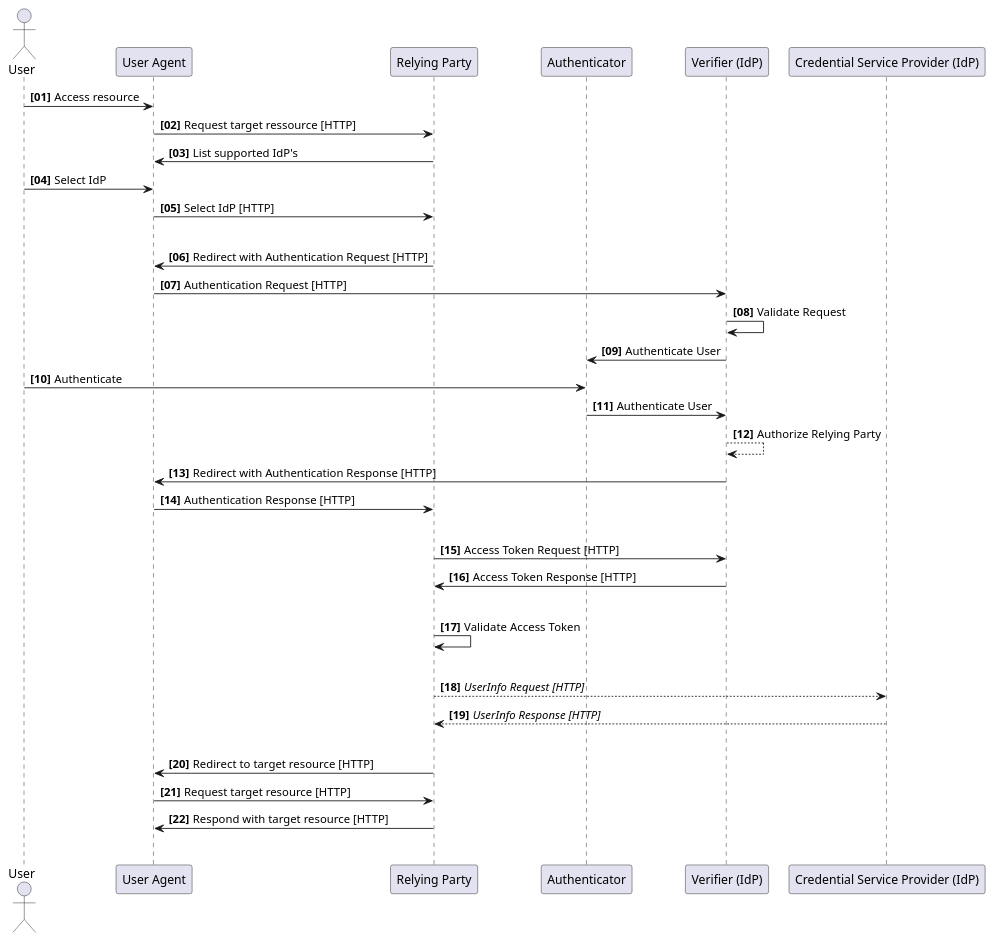
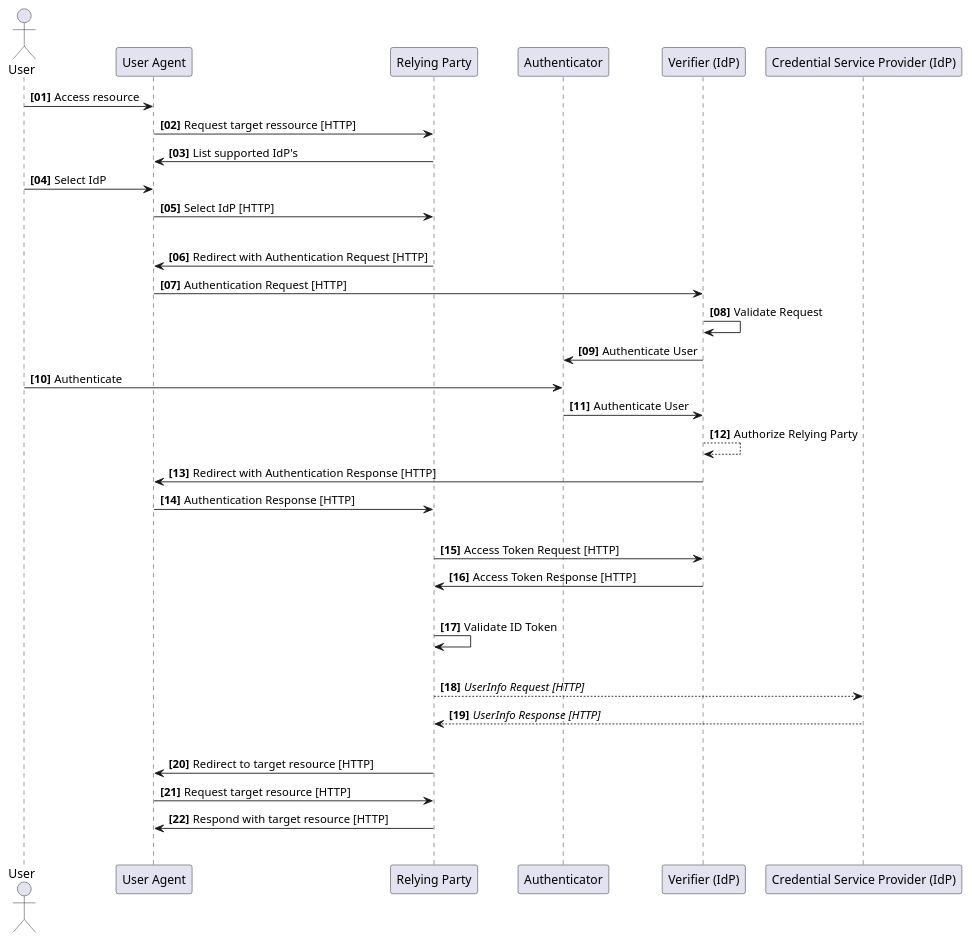
Before and after one commit to ehealthsuisse/ch-epr-fhir: the diagram in input/images-source/OpenID-Auth-code-flow.plantuml, drawn with PlantUML. The commit also changed 1 other file, not shown here.

```diff
--- a/input/images-source/OpenID-Auth-code-flow.plantuml
+++ b/input/images-source/OpenID-Auth-code-flow.plantuml
@@ -1,55 +1,55 @@
 @startuml
 skinparam responseMessageBelowArrow true
 
 actor User
 participant "User Agent" as UserAgent
 participant "Relying Party" as RP
 participant "Authenticator" as IDM
 participant "Verifier (IdP)" as IdP
 participant "Credential Service Provider (IdP)" as CSP
 
 autonumber 1 1 "<b>[00]"
 
 User -> UserAgent: Access resource
 UserAgent -> RP: Request target ressource [HTTP]
 
 RP -> UserAgent: List supported IdP's
 User -> UserAgent: Select IdP
 UserAgent -> RP: Select IdP [HTTP]
 
 |||
 RP -> UserAgent: Redirect with Authentication Request [HTTP]
 
 UserAgent -> IdP: Authentication Request [HTTP]
 
 IdP -> IdP: Validate Request
 
 IdP -> IDM: Authenticate User
 User -> IDM: Authenticate
 IDM -> IdP: Authenticate User
 
 IdP --> IdP: Authorize Relying Party
 
 IdP -> UserAgent: Redirect with Authentication Response [HTTP]
 UserAgent -> RP: Authentication Response [HTTP]
 
 |||
 RP -> IdP: Access Token Request [HTTP]
 IdP -> RP: Access Token Response [HTTP]
 |||
 
-RP -> RP: Validate Access Token
+RP -> RP: Validate ID Token
 
 |||
 RP --> CSP: <i>UserInfo Request [HTTP]</i>
 CSP --> RP: <i>UserInfo Response [HTTP]</i>
 |||
 
 RP -> UserAgent: Redirect to target resource [HTTP]
 UserAgent -> RP: Request target resource [HTTP]
 
 RP -> UserAgent: Respond with target resource [HTTP]
 |||
 autonumber stop
 
 @enduml
```
